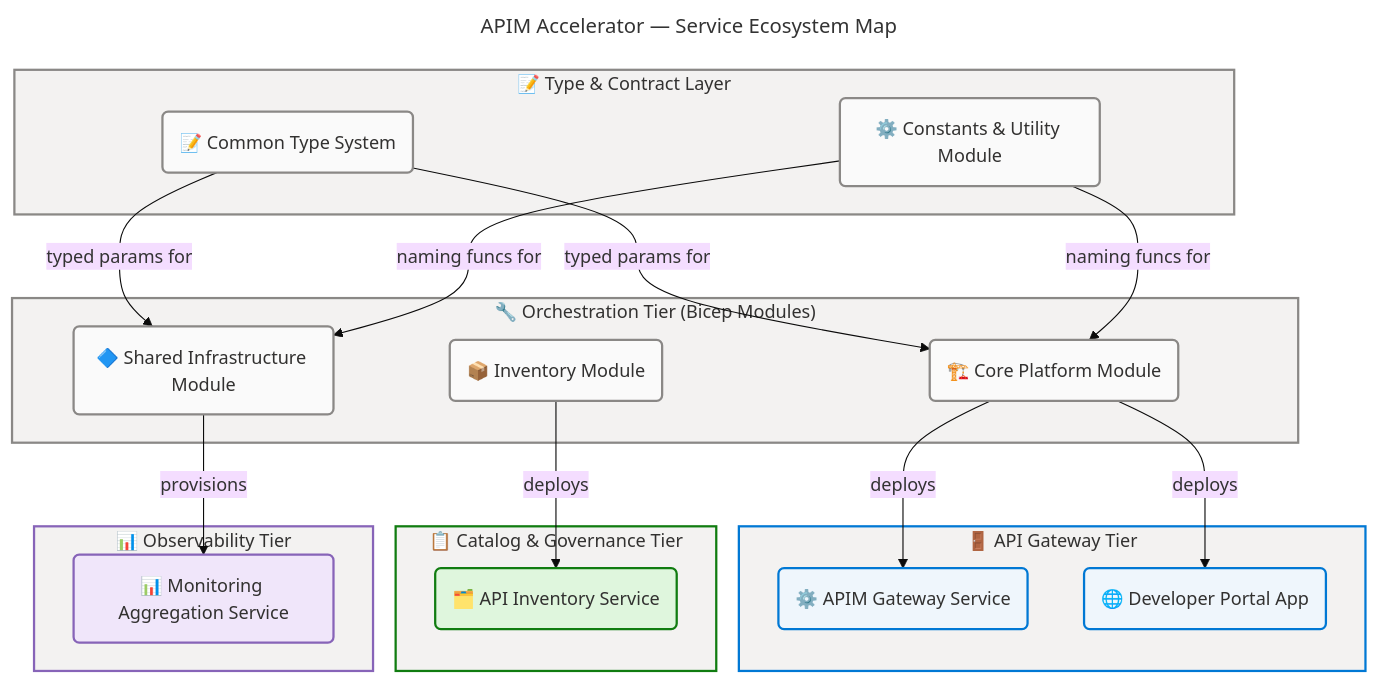
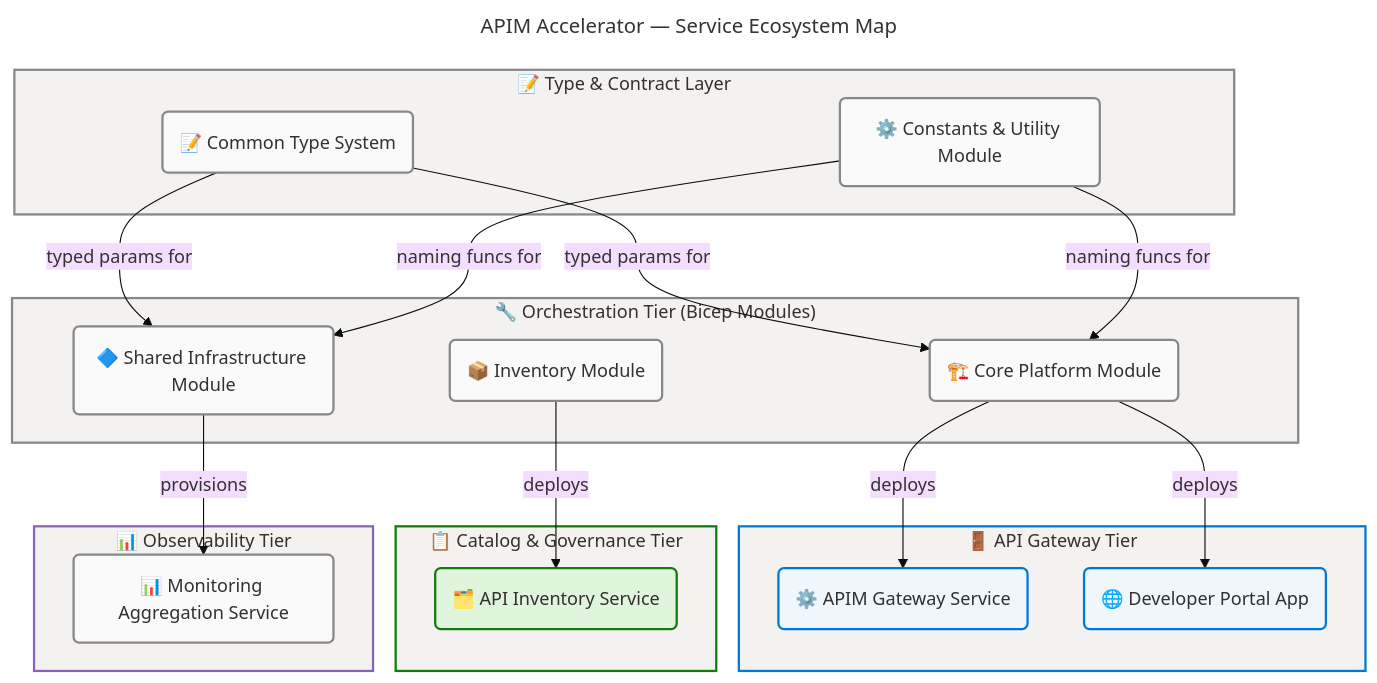
Before and after one commit to Evilazaro/APIM-Accelerator: the second of 8 diagrams in docs/architecture/application-architecture.md, drawn with Mermaid. The commit also changed other lines of this file and 3 other files, not shown here.

````diff
--- a/docs/architecture/application-architecture.md
+++ b/docs/architecture/application-architecture.md
@@ -168,71 +167,70 @@
 ```mermaid
 ---
 title: "APIM Accelerator — Service Ecosystem Map"
 config:
   theme: base
   look: classic
   layout: dagre
   themeVariables:
     fontSize: '16px'
   flowchart:
     htmlLabels: true
 ---
 flowchart TB
     accTitle: APIM Accelerator Service Ecosystem Map
     accDescr: Grouped map of all application services and components by functional tier showing technology classification and layer assignments
 
     %% ═══════════════════════════════════════════════════════════════════════════
     %% AZURE / FLUENT ARCHITECTURE PATTERN v1.1
     %% (Semantic + Structural + Font + Accessibility Governance)
     %% ═══════════════════════════════════════════════════════════════════════════
     %% PHASE 1 - FLUENT UI: All styling uses approved Fluent UI palette only
     %% PHASE 2 - GROUPS: Every subgraph has semantic color via style directive
     %% PHASE 3 - COMPONENTS: Every node has semantic classDef + icon prefix
     %% PHASE 4 - ACCESSIBILITY: accTitle/accDescr present, WCAG AA contrast
     %% PHASE 5 - STANDARD: Governance block present, classDefs centralized
     %% ═══════════════════════════════════════════════════════════════════════════
 
     subgraph GATEWAY["🚪 API Gateway Tier"]
         S1("⚙️ APIM Gateway Service"):::core
         S2("🌐 Developer Portal App"):::core
     end
 
     subgraph CATALOG["📋 Catalog & Governance Tier"]
         S3("🗂️ API Inventory Service"):::success
     end
 
     subgraph OBS["📊 Observability Tier"]
-        S4("📊 Monitoring Aggregation Service"):::data
+        S4("📊 Monitoring Aggregation Service"):::neutral
     end
 
     subgraph ORCH["🔧 Orchestration Tier (Bicep Modules)"]
         C1("🏗️ Core Platform Module"):::neutral
         C2("🔷 Shared Infrastructure Module"):::neutral
         C3("📦 Inventory Module"):::neutral
     end
 
     subgraph CONTRACT["📝 Type & Contract Layer"]
         C4("📝 Common Type System"):::neutral
         C5("⚙️ Constants & Utility Module"):::neutral
     end
 
     C2 -->|"provisions"| S4
     C1 -->|"deploys"| S1
     C1 -->|"deploys"| S2
     C3 -->|"deploys"| S3
     C4 -->|"typed params for"| C1
     C4 -->|"typed params for"| C2
     C5 -->|"naming funcs for"| C1
     C5 -->|"naming funcs for"| C2
 
     classDef neutral fill:#FAFAFA,stroke:#8A8886,stroke-width:2px,color:#323130
     classDef core fill:#EFF6FC,stroke:#0078D4,stroke-width:2px,color:#323130
     classDef success fill:#DFF6DD,stroke:#107C10,stroke-width:2px,color:#323130
-    classDef data fill:#F0E6FA,stroke:#8764B8,stroke-width:2px,color:#323130
 
     style GATEWAY fill:#F3F2F1,stroke:#0078D4,stroke-width:2px,color:#323130
     style CATALOG fill:#F3F2F1,stroke:#107C10,stroke-width:2px,color:#323130
     style OBS fill:#F3F2F1,stroke:#8764B8,stroke-width:2px,color:#323130
     style ORCH fill:#F3F2F1,stroke:#8A8886,stroke-width:2px,color:#323130
     style CONTRACT fill:#F3F2F1,stroke:#8A8886,stroke-width:2px,color:#323130
 ```
````
